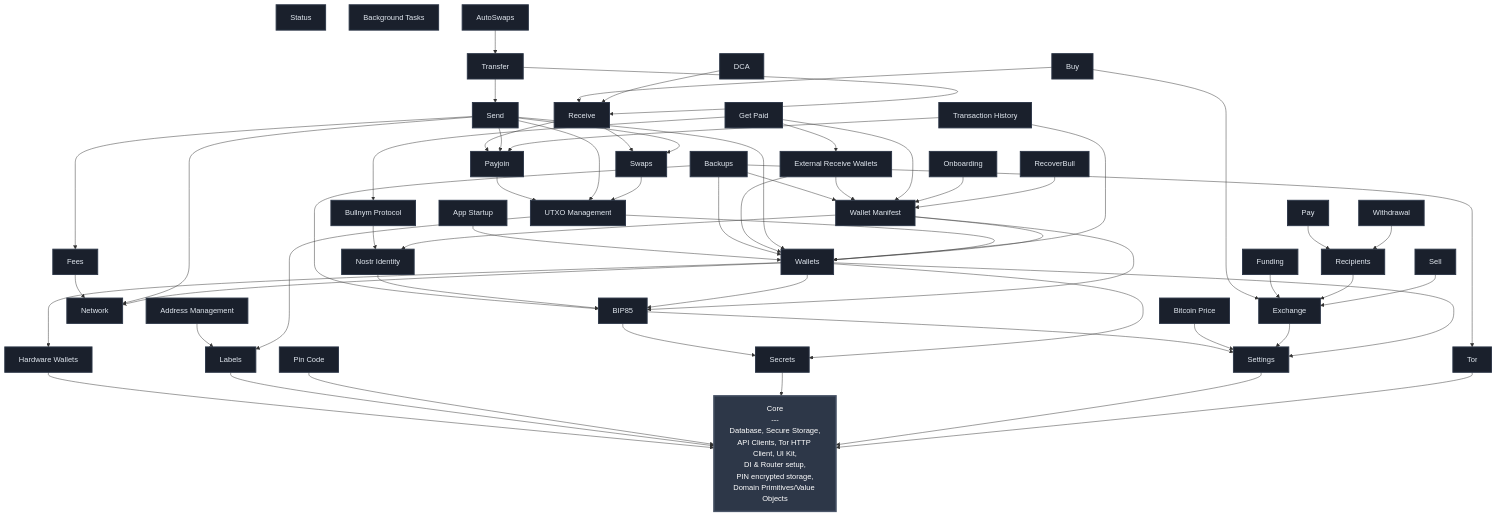
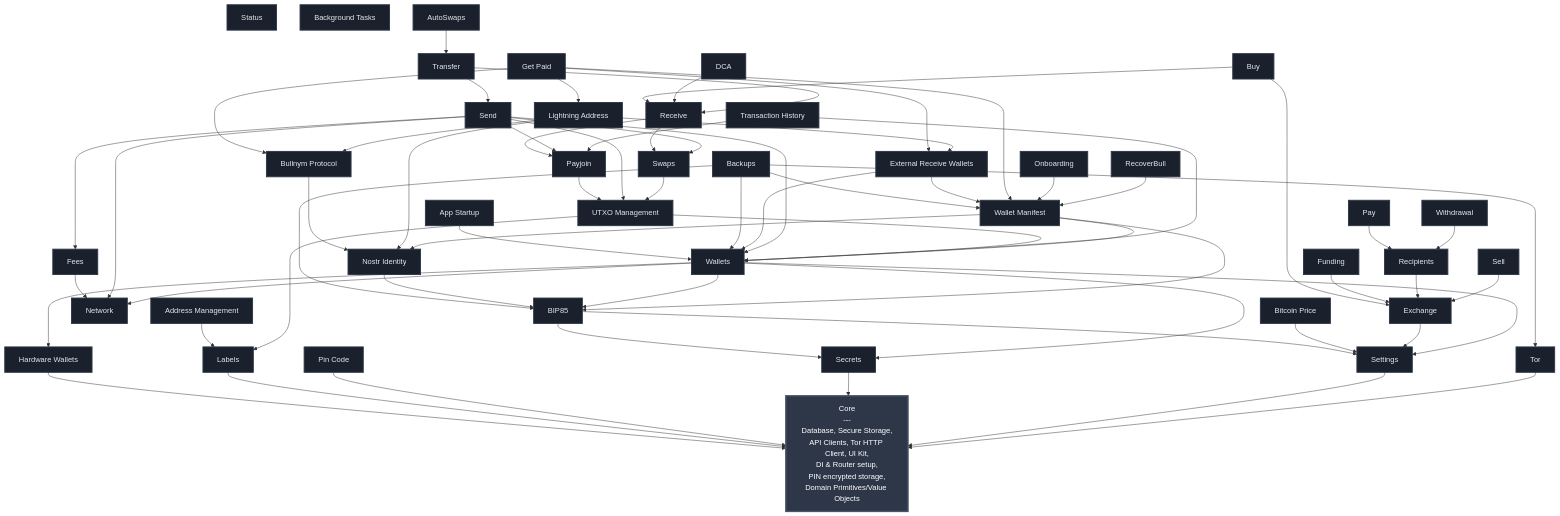
One commit to BullishNode/bullbitcoin-mobile changed the diagram in FEATURES.md. Above: the diagram before and after it, drawn with Mermaid. The commit also changed other lines of this file and 16 other files, not shown here.

First line of the commit message:
fix(cleanup): prune stale get paid recovery surface

````diff
--- a/FEATURES.md
+++ b/FEATURES.md
@@ -44,6 +44,7 @@
     DCA[DCA]
     EXTERNAL_RECEIVE[External Receive Wallets]
     GET_PAID[Get Paid]
+    LIGHTNING_ADDRESS[Lightning Address]
     WALLET_MANIFEST[Wallet Manifest]
     NOSTR_IDENTITY[Nostr Identity]
     ONBOARDING[Onboarding]
@@ -77,9 +78,13 @@
     FUNDING --> EXCHANGE
     GET_PAID --> BULLNYM
     GET_PAID --> EXTERNAL_RECEIVE
+    GET_PAID --> LIGHTNING_ADDRESS
     GET_PAID --> WALLET_MANIFEST
     HW_WALLETS --> CORE
     LABELS --> CORE
+    LIGHTNING_ADDRESS --> BULLNYM
+    LIGHTNING_ADDRESS --> EXTERNAL_RECEIVE
+    LIGHTNING_ADDRESS --> NOSTR_IDENTITY
     NOSTR_IDENTITY --> BIP85
     ONBOARDING --> WALLET_MANIFEST
     PAY --> RECIPIENTS
@@ -121,5 +126,5 @@
     classDef featureStyle fill:#1a202c,stroke:#2d3748,stroke-width:2px,color:#e2e8f0
 
     class CORE coreStyle
-    class SETTINGS,TOR,PIN_CODE,LABELS,SECRETS,HW_WALLETS,BTC_PRICE,NETWORK,BIP85,FEES,WALLETS,EXCHANGE,APP_STARTUP,UTXO_MGMT,ADDRESS_MGMT,RECIPIENTS,FUNDING,BACKUPS,SWAPS,PAYJOIN,WITHDRAWAL,STATUS,SEND,RECEIVE,TRANSFER,TX_HISTORY,BG_TASKS,AUTOSWAPS,BULLNYM,DCA,EXTERNAL_RECEIVE,GET_PAID,WALLET_MANIFEST,NOSTR_IDENTITY,ONBOARDING,RECOVERBULL,SELL,PAY,BUY featureStyle
+    class SETTINGS,TOR,PIN_CODE,LABELS,SECRETS,HW_WALLETS,BTC_PRICE,NETWORK,BIP85,FEES,WALLETS,EXCHANGE,APP_STARTUP,UTXO_MGMT,ADDRESS_MGMT,RECIPIENTS,FUNDING,BACKUPS,SWAPS,PAYJOIN,WITHDRAWAL,STATUS,SEND,RECEIVE,TRANSFER,TX_HISTORY,BG_TASKS,AUTOSWAPS,BULLNYM,DCA,EXTERNAL_RECEIVE,GET_PAID,LIGHTNING_ADDRESS,WALLET_MANIFEST,NOSTR_IDENTITY,ONBOARDING,RECOVERBULL,SELL,PAY,BUY featureStyle
 ```
````
